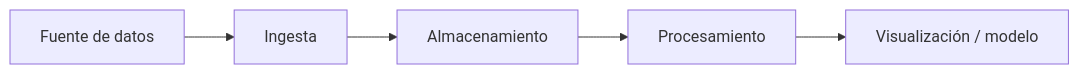
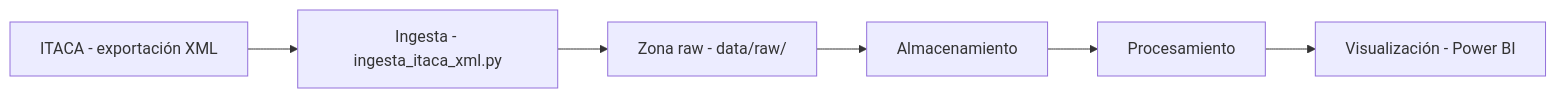
The diagram in README.md (Angel-dxd/bigdata-p1-itaca), drawn with Mermaid before and after one commit. The commit also changed other lines of this file and 1 other file, not shown here.

First line of the commit message:
feat(ingesta): ingesta XML de ITACA con anonimización del NIA

````diff
--- a/README.md
+++ b/README.md
@@ -12,7 +9,8 @@
 ```mermaid
 graph LR
-    A[Fuente de datos] --> B[Ingesta]
-    B --> C[Almacenamiento]
-    C --> D[Procesamiento]
-    D --> E[Visualización / modelo]
+    A[ITACA - exportación XML] --> B[Ingesta - ingesta_itaca_xml.py]
+    B --> C[Zona raw - data/raw/]
+    C --> D[Almacenamiento]
+    D --> E[Procesamiento]
+    E --> F[Visualización - Power BI]
 ```
````
